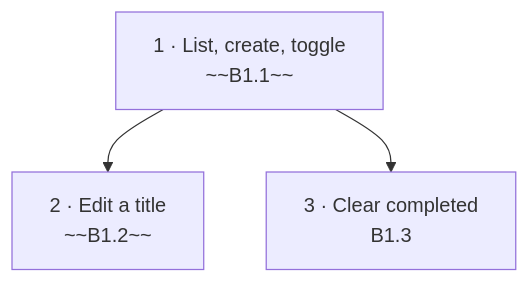
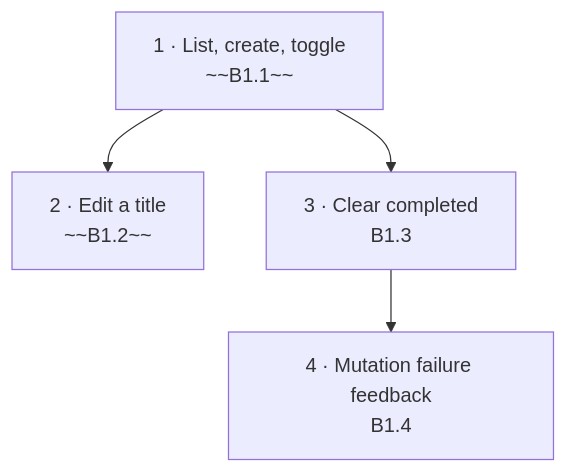
One commit to st-minhho2/level-up-lab changed the diagram in backlog/README.md. Above: the diagram before and after it, drawn with Mermaid. The commit also changed other lines of this file and 2 other files, not shown here.

````diff
--- a/backlog/README.md
+++ b/backlog/README.md
@@ -15,8 +15,10 @@
 ```mermaid
 flowchart TD
   S1["1 · List, create, toggle<br/>~~B1.1~~"]
   S2["2 · Edit a title<br/>~~B1.2~~"]
   S3["3 · Clear completed<br/>B1.3"]
   S1 --> S2
+  S4["4 · Mutation failure feedback<br/>B1.4"]
   S1 --> S3
+  S3 --> S4
 ```
````
